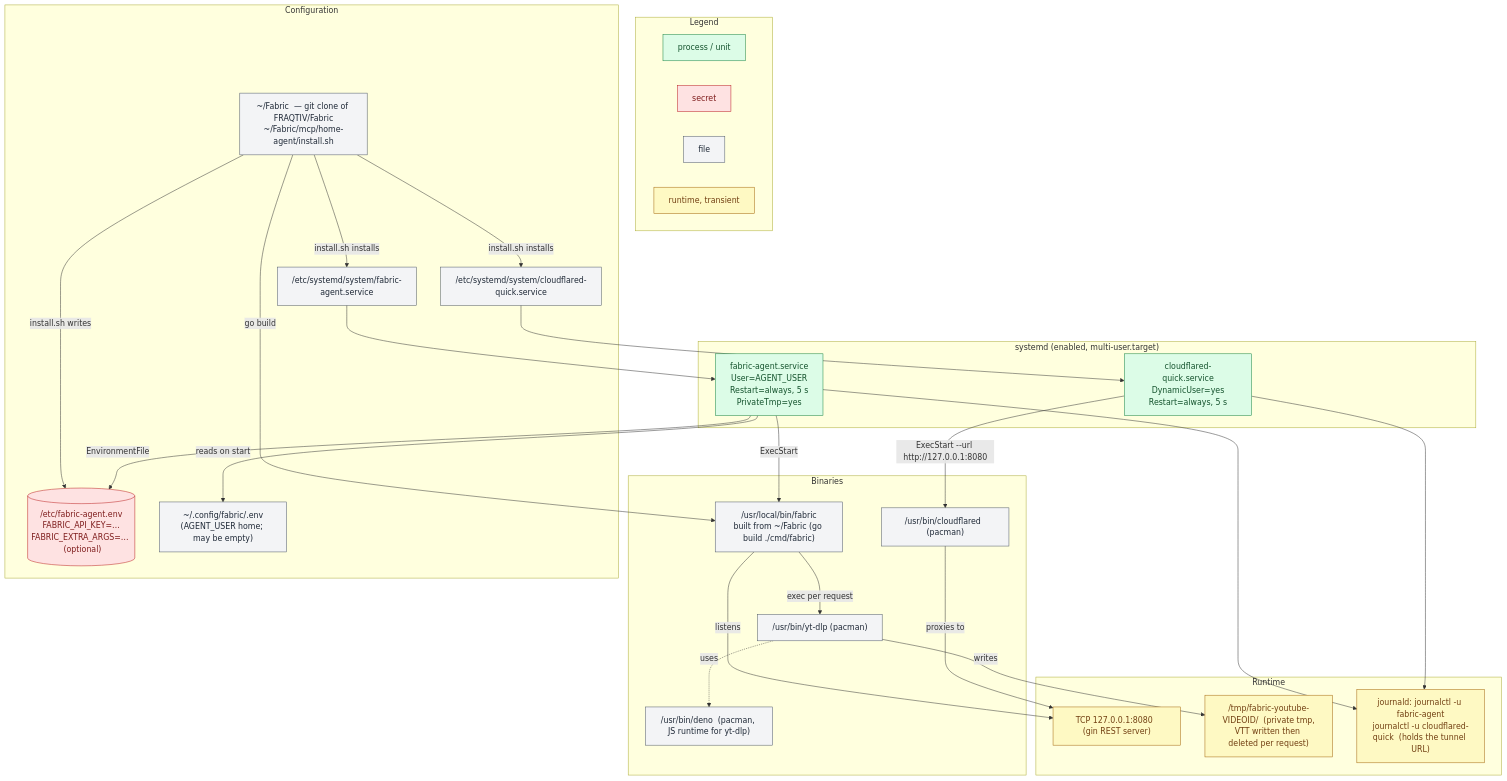
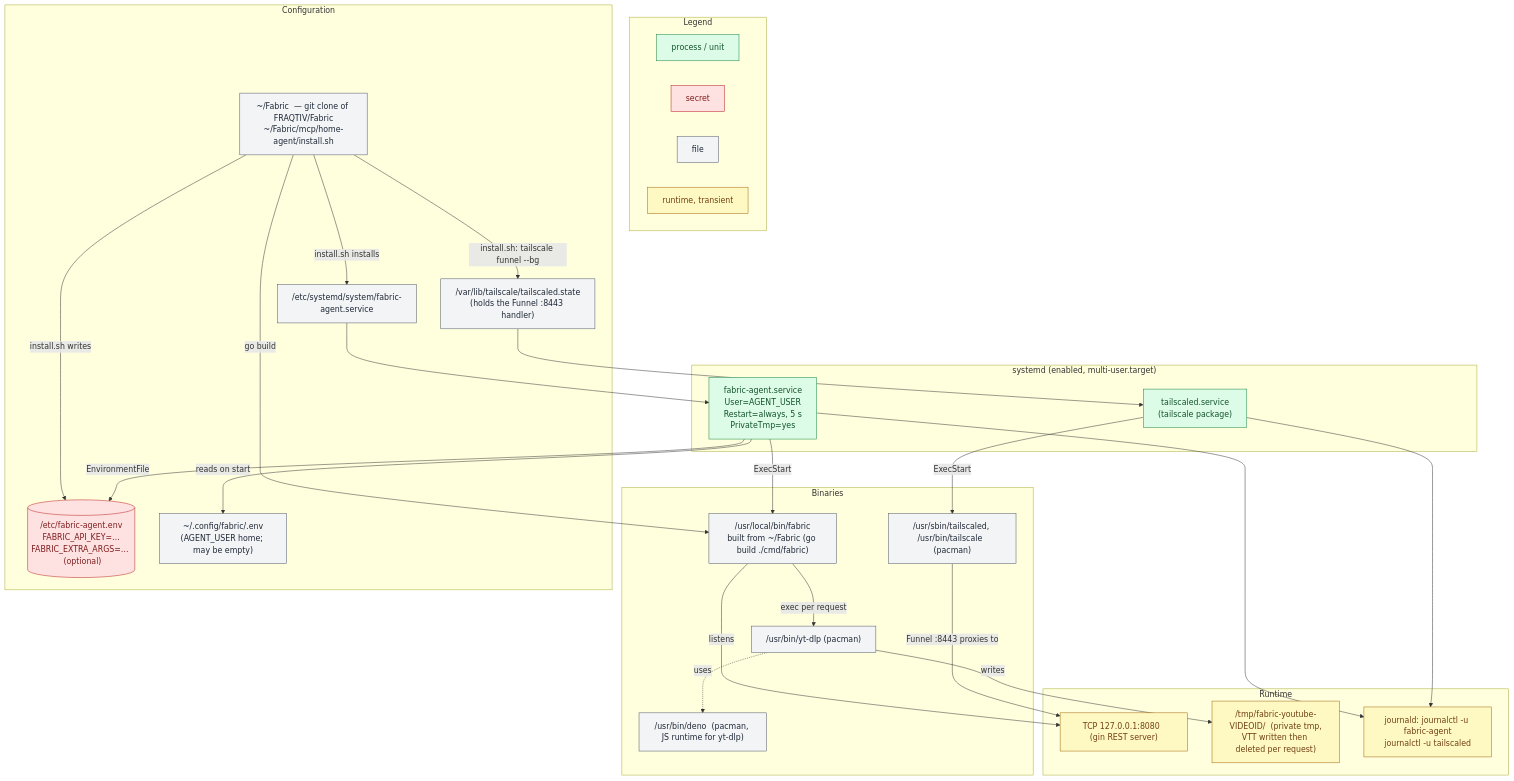
Before and after one commit to FRAQTIV/Fabric: the second of 5 diagrams in docs/fabric-on-io.md, drawn with Mermaid. The commit also changed other lines of this file and 5 other files, not shown here.

First line of the commit message:
chore(mcp): Retire the Cloudflare quick tunnel; Tailscale Funnel is the only path to io (#19)

````diff
--- a/docs/fabric-on-io.md
+++ b/docs/fabric-on-io.md
@@ -87,59 +90,59 @@
 ```mermaid
 flowchart TB
   subgraph legend["Legend"]
     direction LR
     L2["process / unit"]:::io
     L4["secret"]:::secret
     L5["file"]:::file
     L6["runtime, transient"]:::tmp
   end
 
   subgraph systemd["systemd (enabled, multi-user.target)"]
     U1["fabric-agent.service<br/>User=AGENT_USER<br/>Restart=always, 5 s<br/>PrivateTmp=yes"]:::io
-    U2["cloudflared-quick.service<br/>DynamicUser=yes<br/>Restart=always, 5 s"]:::io
+    U2["tailscaled.service<br/>(tailscale package)"]:::io
   end
 
   subgraph bins["Binaries"]
     B1["/usr/local/bin/fabric<br/>built from ~/Fabric (go build ./cmd/fabric)"]:::file
-    B2["/usr/bin/cloudflared  (pacman)"]:::file
+    B2["/usr/sbin/tailscaled, /usr/bin/tailscale  (pacman)"]:::file
     B3["/usr/bin/yt-dlp  (pacman)"]:::file
     B4["/usr/bin/deno  (pacman, JS runtime for yt-dlp)"]:::file
   end
 
   subgraph cfg["Configuration"]
     F1[("/etc/fabric-agent.env<br/>FABRIC_API_KEY=…<br/>FABRIC_EXTRA_ARGS=…  (optional)")]:::secret
     F2["~/.config/fabric/.env<br/>(AGENT_USER home; may be empty)"]:::file
     F3["/etc/systemd/system/fabric-agent.service"]:::file
-    F4["/etc/systemd/system/cloudflared-quick.service"]:::file
+    F4["/var/lib/tailscale/tailscaled.state<br/>(holds the Funnel :8443 handler)"]:::file
     F5["~/Fabric  — git clone of FRAQTIV/Fabric<br/>~/Fabric/mcp/home-agent/install.sh"]:::file
   end
 
   subgraph run["Runtime"]
     R1["TCP 127.0.0.1:8080  (gin REST server)"]:::tmp
     R2["/tmp/fabric-youtube-VIDEOID/  (private tmp,<br/>VTT written then deleted per request)"]:::tmp
-    R3["journald: journalctl -u fabric-agent<br/>journalctl -u cloudflared-quick  (holds the tunnel URL)"]:::tmp
+    R3["journald: journalctl -u fabric-agent<br/>journalctl -u tailscaled"]:::tmp
   end
 
   F5 -- "install.sh writes" --> F1
   F5 -- "install.sh installs" --> F3
-  F5 -- "install.sh installs" --> F4
+  F5 -- "install.sh: tailscale funnel --bg" --> F4
   F5 -- "go build" --> B1
   F3 --> U1
   F4 --> U2
   U1 -- "EnvironmentFile" --> F1
   U1 -- "reads on start" --> F2
   U1 -- "ExecStart" --> B1
   B1 -- "listens" --> R1
   B1 -- "exec per request" --> B3
   B3 -. "uses" .-> B4
   B3 -- "writes" --> R2
-  U2 -- "ExecStart --url http://127.0.0.1:8080" --> B2
-  B2 -- "proxies to" --> R1
+  U2 -- "ExecStart" --> B2
+  B2 -- "Funnel :8443 proxies to" --> R1
   U1 --> R3
   U2 --> R3
 
   classDef io fill:#dcfce7,stroke:#15803d,color:#14532d
   classDef secret fill:#fee2e2,stroke:#b91c1c,color:#7f1d1d
   classDef file fill:#f3f4f6,stroke:#4b5563,color:#1f2937
   classDef tmp fill:#fef9c3,stroke:#a16207,color:#713f12
 ```
````
